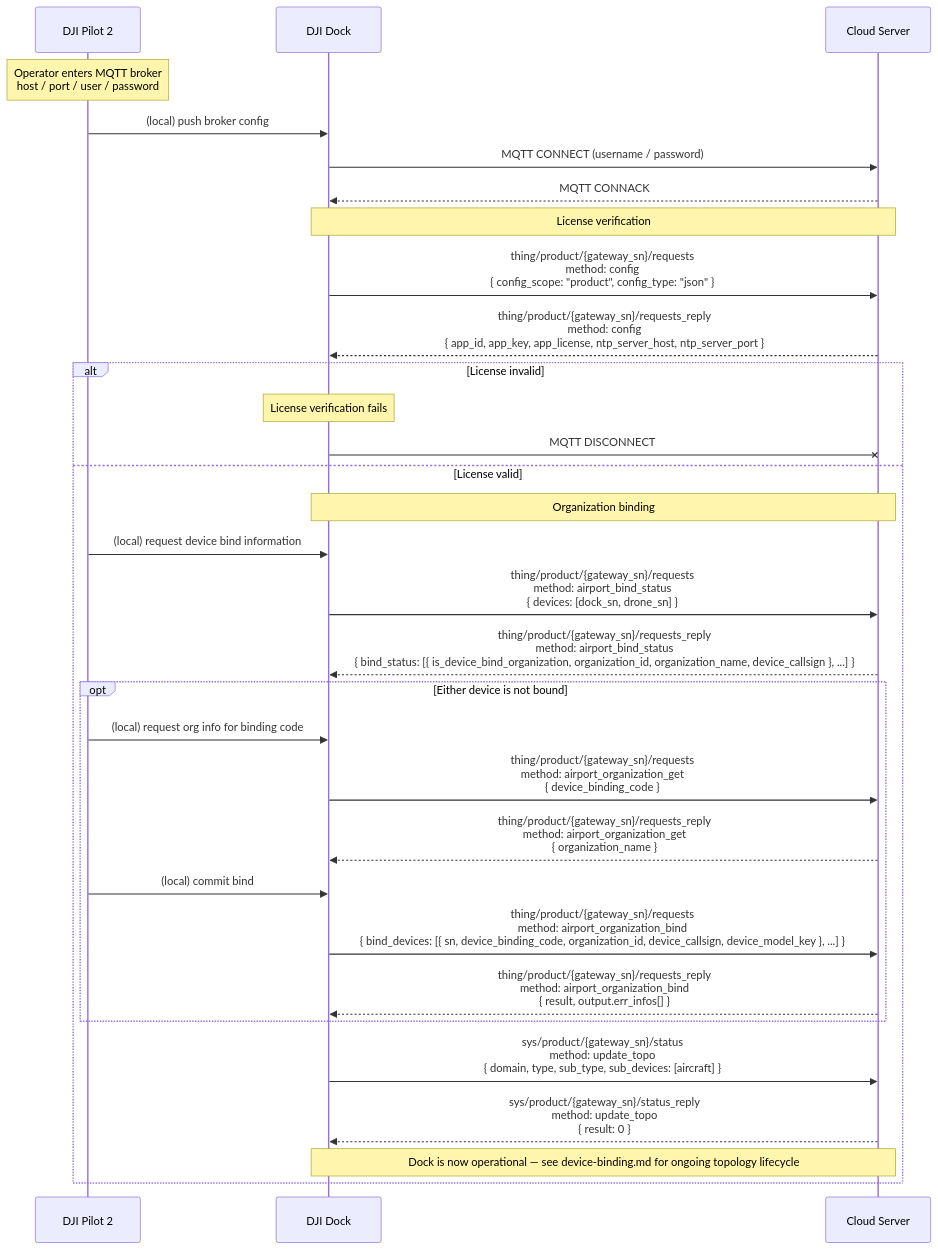
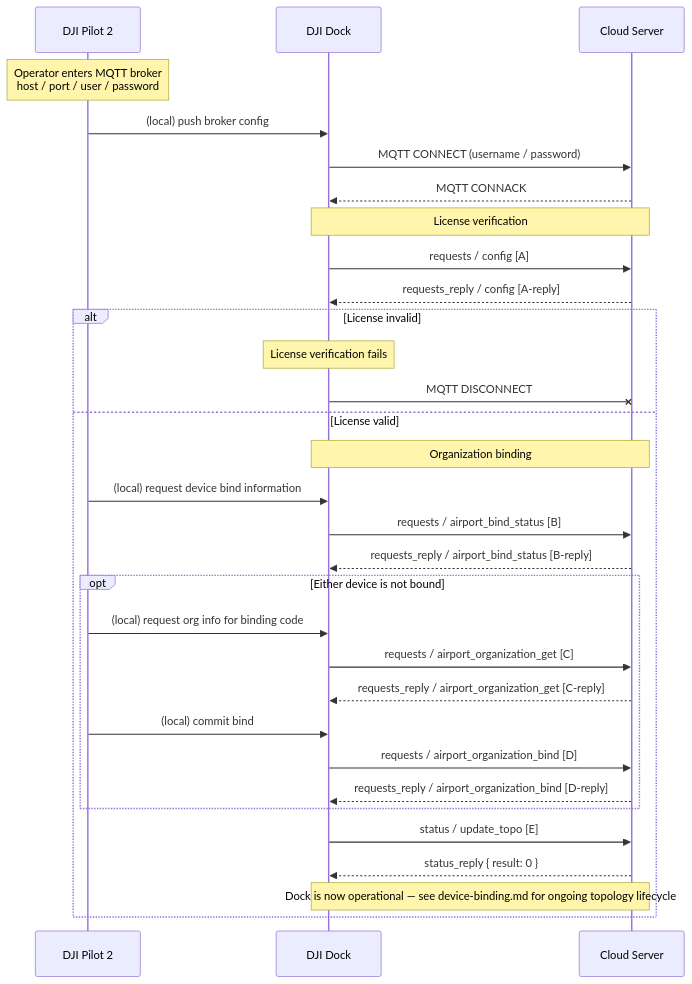
Before and after one commit to larry-watkins-wps/DJI-docs-master: the diagram in master-docs/workflows/dock-bootstrap-and-pairing.md, drawn with Mermaid. The commit also changed other lines of this file and 10 other files, not shown here.

First line of the commit message:
docs: beautify workflow mermaid diagrams with separate JSON payload blocks

````diff
--- a/master-docs/workflows/dock-bootstrap-and-pairing.md
+++ b/master-docs/workflows/dock-bootstrap-and-pairing.md
@@ -47,42 +47,42 @@
 ```mermaid
 sequenceDiagram
     participant pilot as DJI Pilot 2
     participant dock as DJI Dock
     participant cloud as Cloud Server
 
     note over pilot: Operator enters MQTT broker<br/>host / port / user / password
     pilot ->> dock: (local) push broker config
     dock ->> cloud: MQTT CONNECT (username / password)
     cloud -->> dock: MQTT CONNACK
 
     note over dock,cloud: License verification
 
-    dock ->> cloud: thing/product/{gateway_sn}/requests<br/>method: config<br/>{ config_scope: "product", config_type: "json" }
-    cloud -->> dock: thing/product/{gateway_sn}/requests_reply<br/>method: config<br/>{ app_id, app_key, app_license, ntp_server_host, ntp_server_port }
+    dock ->> cloud: requests / config   [A]
+    cloud -->> dock: requests_reply / config   [A-reply]
 
     alt License invalid
         note over dock: License verification fails
         dock -x cloud: MQTT DISCONNECT
     else License valid
         note over dock,cloud: Organization binding
 
         pilot ->> dock: (local) request device bind information
-        dock ->> cloud: thing/product/{gateway_sn}/requests<br/>method: airport_bind_status<br/>{ devices: [dock_sn, drone_sn] }
-        cloud -->> dock: thing/product/{gateway_sn}/requests_reply<br/>method: airport_bind_status<br/>{ bind_status: [{ is_device_bind_organization, organization_id, organization_name, device_callsign }, ...] }
+        dock ->> cloud: requests / airport_bind_status   [B]
+        cloud -->> dock: requests_reply / airport_bind_status   [B-reply]
 
         opt Either device is not bound
             pilot ->> dock: (local) request org info for binding code
-            dock ->> cloud: thing/product/{gateway_sn}/requests<br/>method: airport_organization_get<br/>{ device_binding_code }
-            cloud -->> dock: thing/product/{gateway_sn}/requests_reply<br/>method: airport_organization_get<br/>{ organization_name }
+            dock ->> cloud: requests / airport_organization_get   [C]
+            cloud -->> dock: requests_reply / airport_organization_get   [C-reply]
 
             pilot ->> dock: (local) commit bind
-            dock ->> cloud: thing/product/{gateway_sn}/requests<br/>method: airport_organization_bind<br/>{ bind_devices: [{ sn, device_binding_code, organization_id, device_callsign, device_model_key }, ...] }
-            cloud -->> dock: thing/product/{gateway_sn}/requests_reply<br/>method: airport_organization_bind<br/>{ result, output.err_infos[] }
+            dock ->> cloud: requests / airport_organization_bind   [D]
+            cloud -->> dock: requests_reply / airport_organization_bind   [D-reply]
         end
 
-        dock ->> cloud: sys/product/{gateway_sn}/status<br/>method: update_topo<br/>{ domain, type, sub_type, sub_devices: [aircraft] }
-        cloud -->> dock: sys/product/{gateway_sn}/status_reply<br/>method: update_topo<br/>{ result: 0 }
+        dock ->> cloud: status / update_topo   [E]
+        cloud -->> dock: status_reply { result: 0 }
 
         note over dock,cloud: Dock is now operational — see device-binding.md for ongoing topology lifecycle
     end
 ```
````
